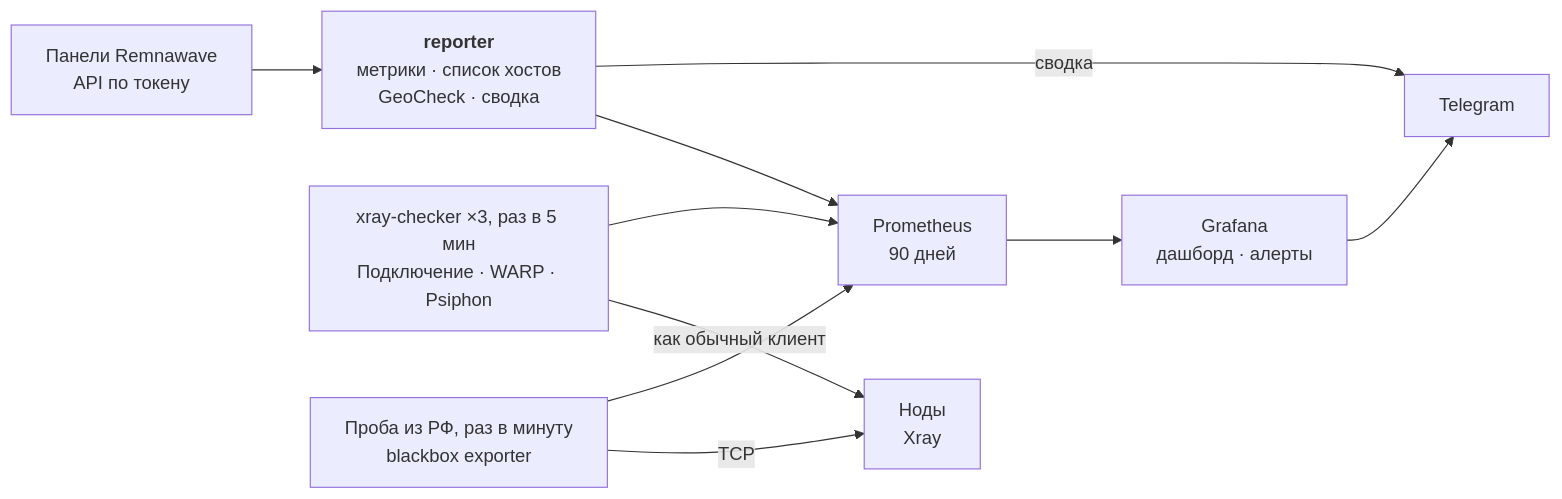
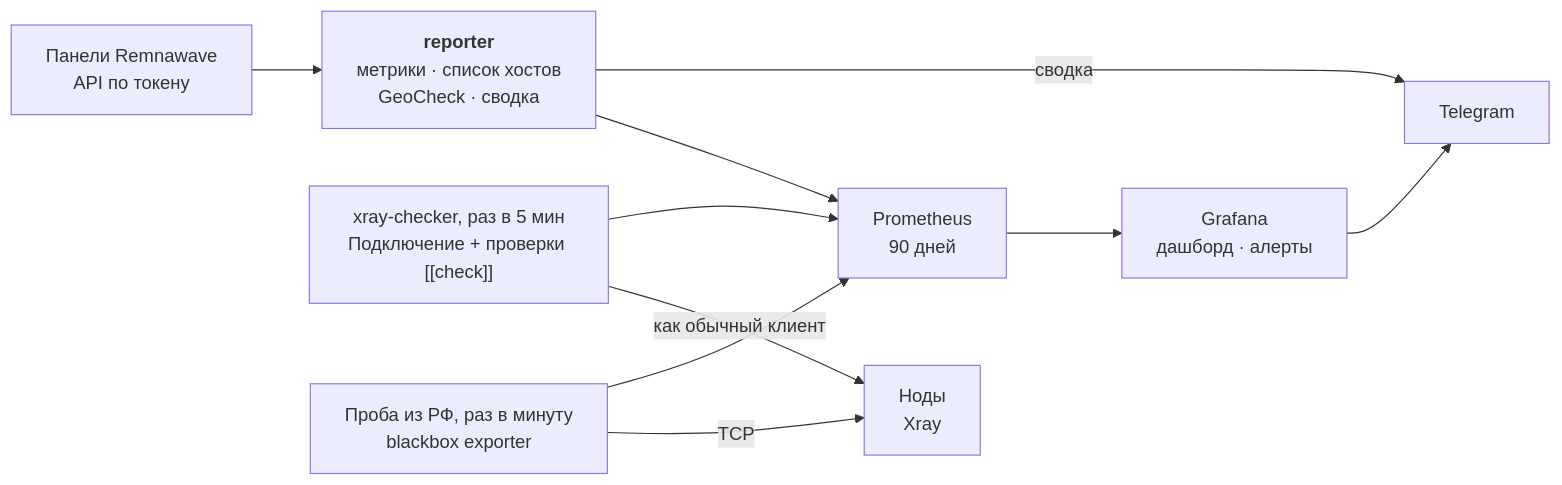
Before and after one commit to 3APA3A-3AHO3A/remnawave-monitoring: the diagram in README.md, drawn with Mermaid. The commit also changed other lines of this file and 19 other files, not shown here.

First line of the commit message:
2.0: проверки маршрутов из настроек ([[check]])

````diff
--- a/README.md
+++ b/README.md
@@ -44,12 +45,12 @@
 ```mermaid
 flowchart LR
     P["Панели Remnawave<br/>API по токену"] --> R["<b>reporter</b><br/>метрики · список хостов<br/>GeoCheck · сводка"]
-    X["xray-checker ×3, раз в 5 мин<br/>Подключение · WARP · Psiphon"] -- "как обычный клиент" --> N["Ноды<br/>Xray"]
+    X["xray-checker, раз в 5 мин<br/>Подключение + проверки [[check]]"] -- "как обычный клиент" --> N["Ноды<br/>Xray"]
     B["Проба из РФ, раз в минуту<br/>blackbox exporter"] -- TCP --> N
     R --> M["Prometheus<br/>90 дней"]
     X --> M
     B --> M
     M --> G["Grafana<br/>дашборд · алерты"]
     G --> T["Telegram"]
     R -- "сводка" --> T
 ```
````
